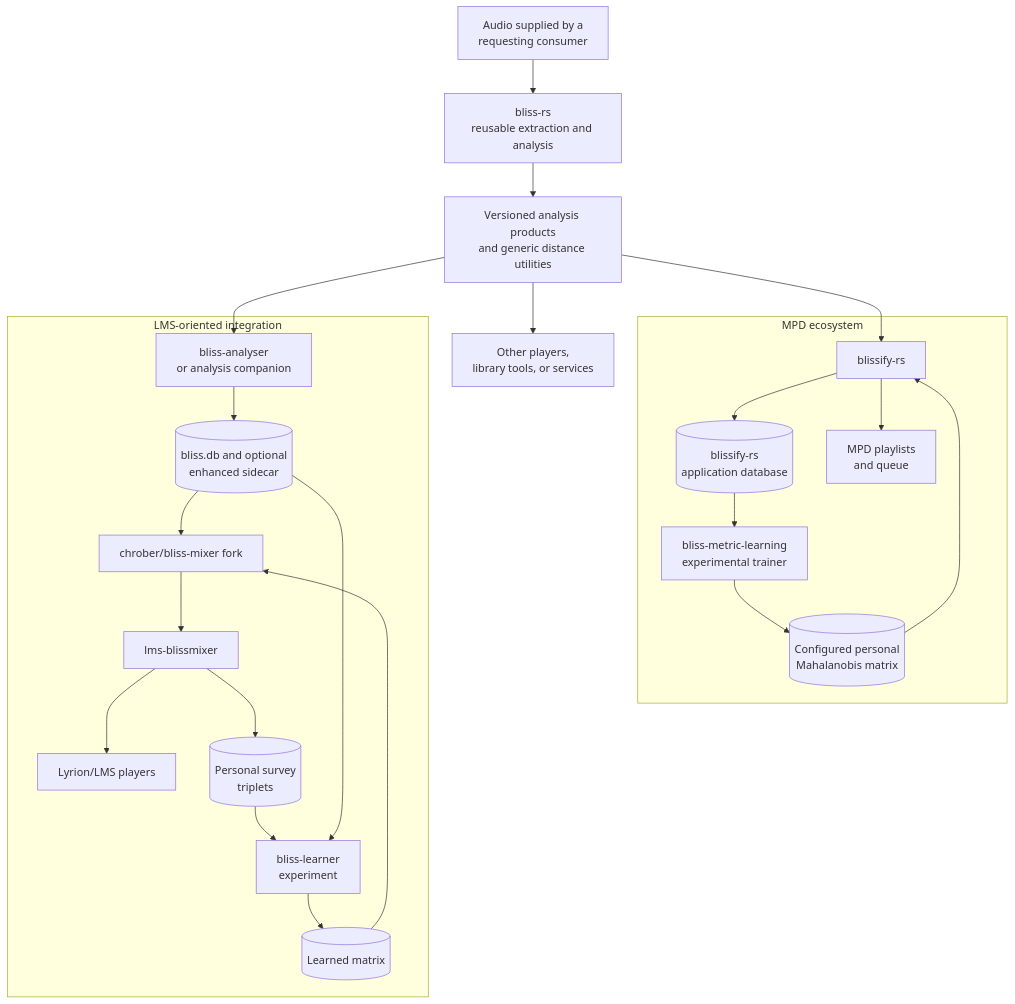
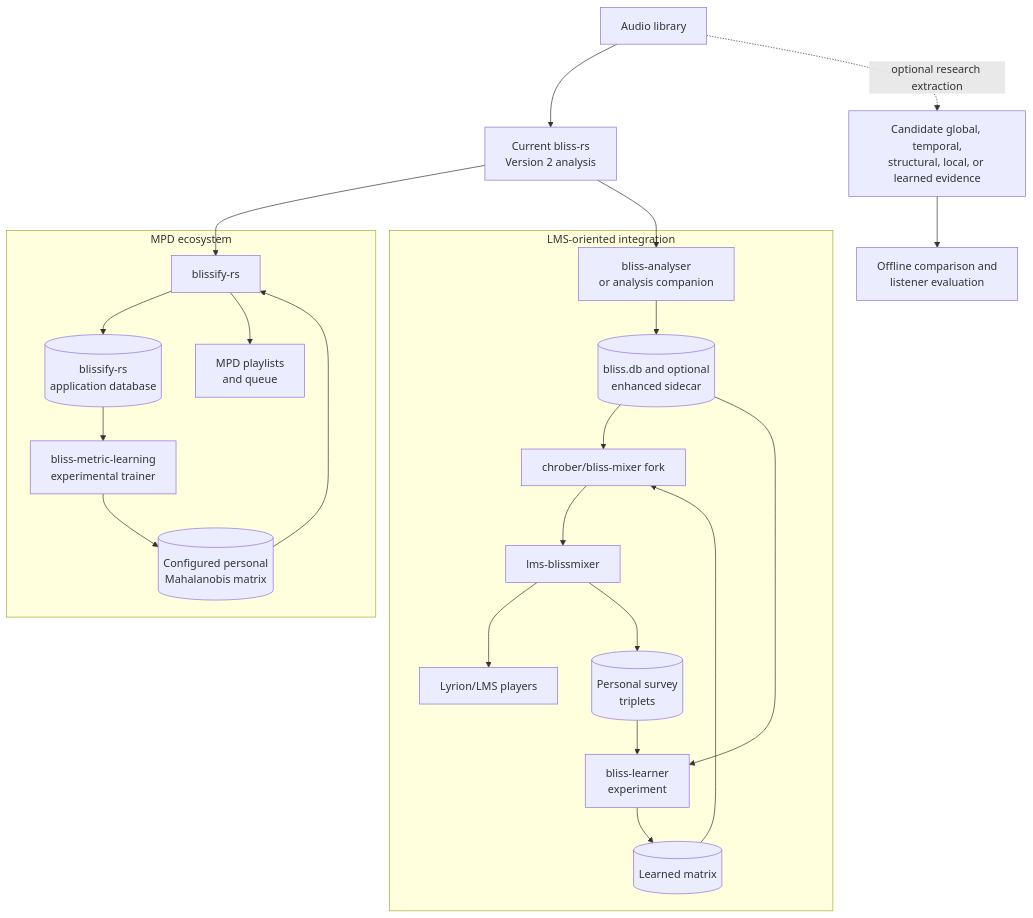
Before and after one commit to chrober/bliss-similarity-design: the diagram in docs/integration/downstream-consumers.md, drawn with Mermaid. The commit also changed other lines of this file and 20 other files, not shown here.

Commit message:
Reframe analysis docs as research considerations

````diff
--- a/docs/integration/downstream-consumers.md
+++ b/docs/integration/downstream-consumers.md
@@ -19,32 +18,33 @@
 ```mermaid
 flowchart TB
-    AUDIO[Audio supplied by a<br/>requesting consumer] --> BRS[bliss-rs<br/>reusable extraction and analysis]
-    BRS --> CONTRACT[Versioned analysis products<br/>and generic distance utilities]
+    AUDIO[Audio library] --> BRS[Current bliss-rs<br/>Version 2 analysis]
 
     subgraph MPD[MPD ecosystem]
         BF[blissify-rs]
         BF --> MDB[(blissify-rs<br/>application database)]
         BF --> MQ[MPD playlists<br/>and queue]
         MDB --> BML[bliss-metric-learning<br/>experimental trainer]
         BML --> BMM[(Configured personal<br/>Mahalanobis matrix)]
         BMM --> BF
     end
 
     subgraph LMS[LMS-oriented integration]
         BA[bliss-analyser<br/>or analysis companion]
         BA --> LDB[(bliss.db and optional<br/>enhanced sidecar)]
         LDB --> MX[chrober/bliss-mixer fork]
         MX --> PLUGIN[lms-blissmixer]
         PLUGIN --> PLAYER[Lyrion/LMS players]
 
         PLUGIN --> TRIP[(Personal survey<br/>triplets)]
         TRIP --> LEARN[bliss-learner<br/>experiment]
         LDB --> LEARN
         LEARN --> LM[(Learned matrix)]
         LM --> MX
     end
 
-    CONTRACT --> BF
-    CONTRACT --> BA
-    CONTRACT --> OTHER[Other players,<br/>library tools, or services]
+    BRS --> BF
+    BRS --> BA
+
+    AUDIO -. optional research extraction .-> EXP[Candidate global, temporal,<br/>structural, local, or learned evidence]
+    EXP --> STUDY[Offline comparison and<br/>listener evaluation]
 ```
````
